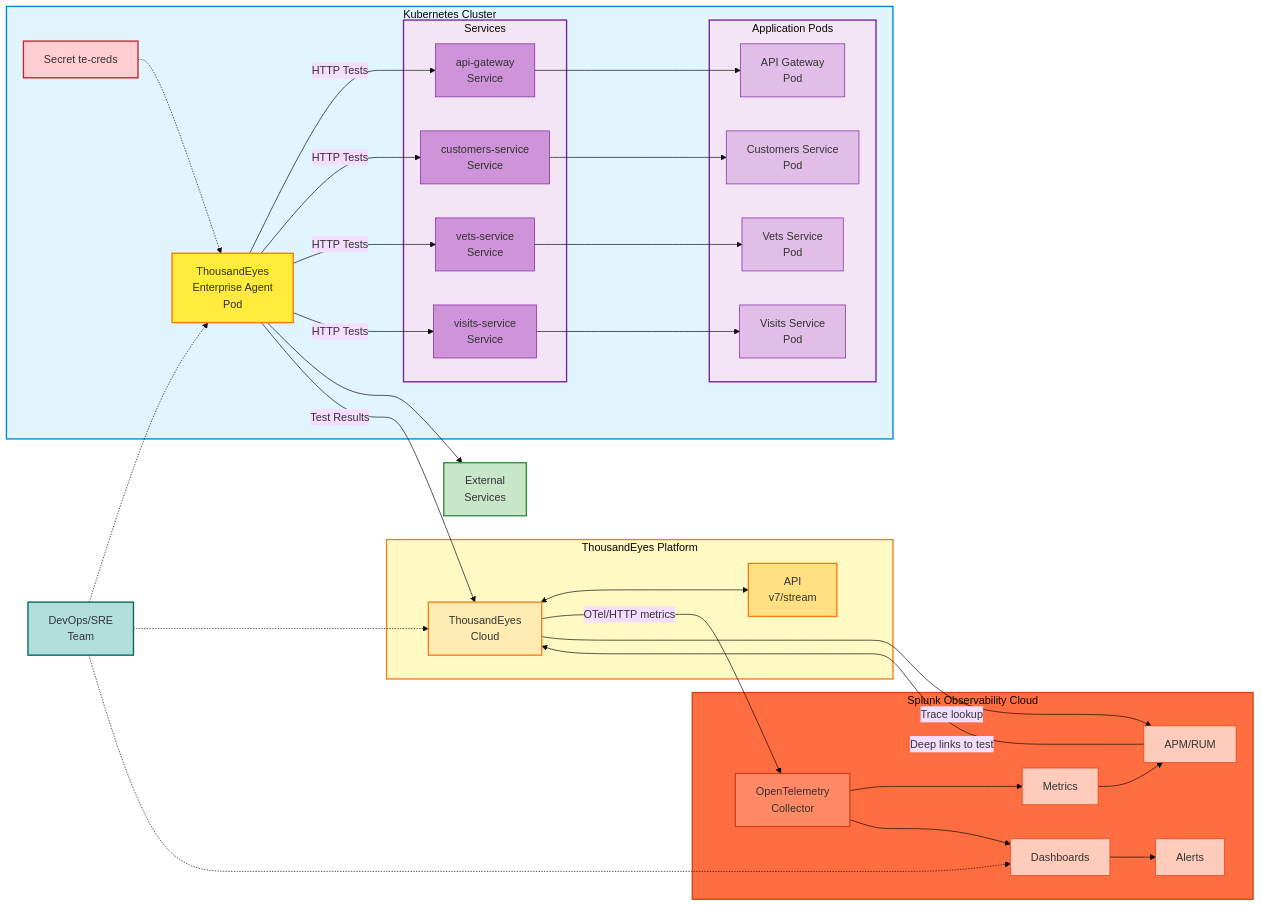
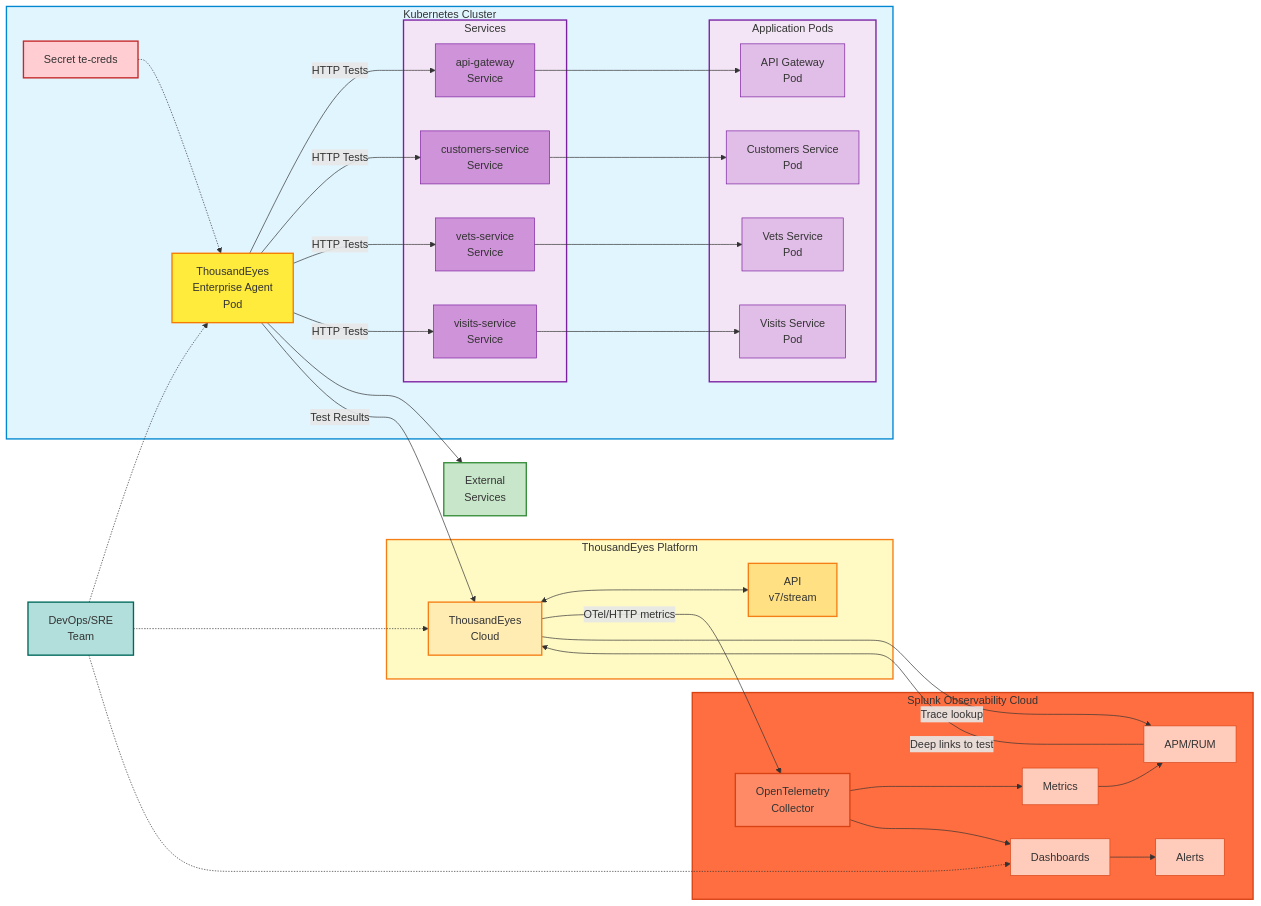
Before and after one commit to splunk/observability-workshop: the diagram in content/en/scenarios/thousandeyes-integration/1-overview/_index.md, drawn with Mermaid. The commit also changed 17 other files, not shown here.

````diff
--- a/content/en/scenarios/thousandeyes-integration/1-overview/_index.md
+++ b/content/en/scenarios/thousandeyes-integration/1-overview/_index.md
@@ -34,8 +34,4 @@
-{{< mermaid >}}
----
-config:
-  theme: 'base'
----
+```mermaid
 graph LR
     subgraph k8s["Kubernetes Cluster"]
         secret["Secret te-creds"]
@@ -56,7 +52,7 @@
         customers_svc --> customers
         vets_svc --> vets
         visits_svc --> visits
-        
+
         secret -.-> agent
         agent -->|"HTTP Tests"| api_svc
         agent -->|"HTTP Tests"| customers_svc
@@ -122,4 +118,4 @@
     style apm fill:#ffccbc,stroke:#d84315,stroke-width:1px
     style alerts fill:#ffccbc,stroke:#d84315,stroke-width:1px
     style user fill:#b2dfdb,stroke:#00695c,stroke-width:2px
-{{< /mermaid >}}
+```
````
